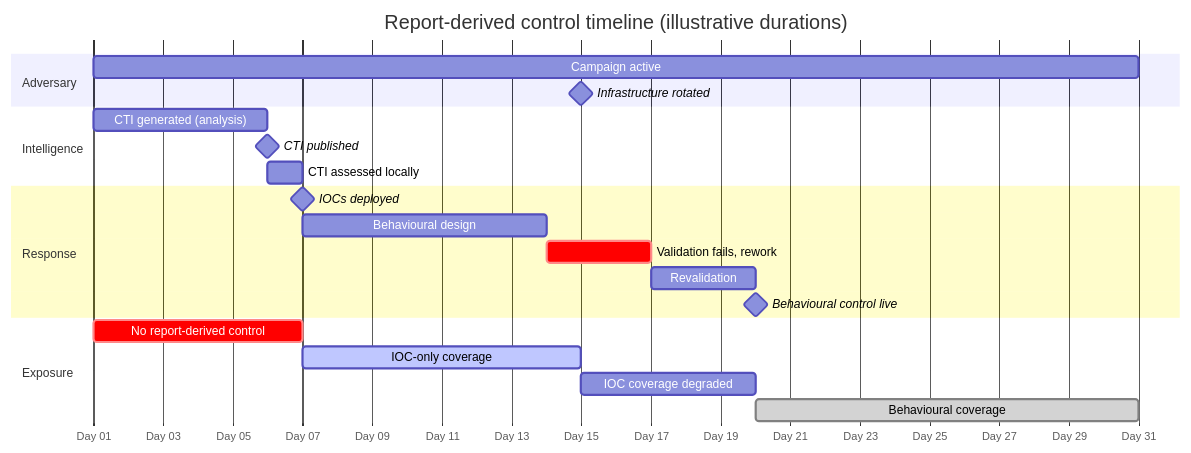
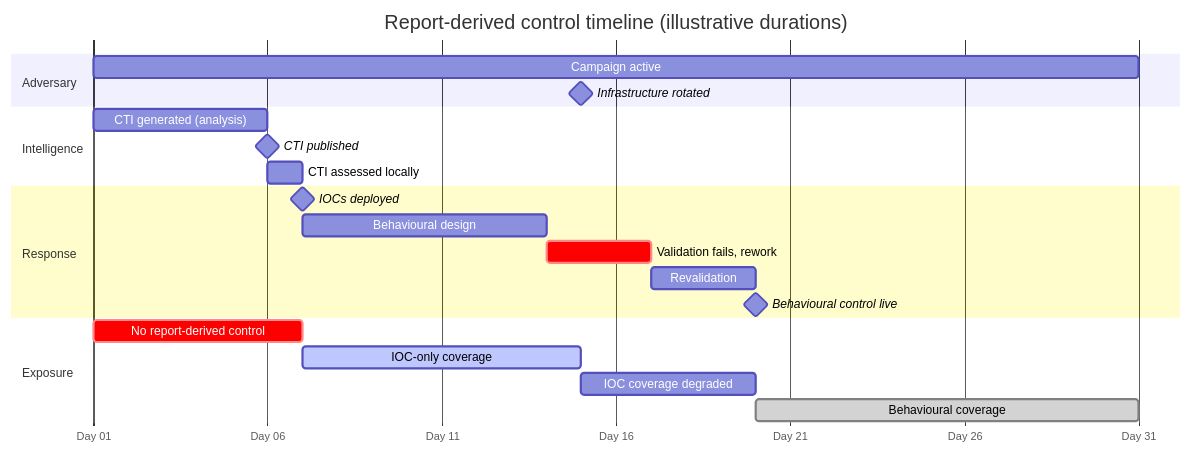
Before and after one commit to zbalkan/zbalkan.github.io: the diagram in _posts/2026-11-25-iocs-in-a-behaviour-first-detection-programme.md, drawn with Mermaid.

````diff
--- a/_posts/2026-11-25-iocs-in-a-behaviour-first-detection-programme.md
+++ b/_posts/2026-11-25-iocs-in-a-behaviour-first-detection-programme.md
@@ -32,28 +32,29 @@
 ```mermaid
 gantt
     title Report-derived control timeline (illustrative durations)
     dateFormat YYYY-MM-DD
     axisFormat Day %d
+    tickInterval 5day
 
     section Adversary
     Campaign active                 :a1, 2026-01-01, 30d
     Infrastructure rotated          :milestone, m0, 2026-01-15, 0d
 
     section Intelligence
     CTI generated (analysis)        :c1, 2026-01-01, 5d
     CTI published                   :milestone, m1, 2026-01-06, 0d
     CTI assessed locally            :c2, 2026-01-06, 1d
 
     section Response
     IOCs deployed                   :milestone, m2, 2026-01-07, 0d
     Behavioural design              :r1, 2026-01-07, 7d
     Validation fails, rework        :crit, r2, 2026-01-14, 3d
     Revalidation                    :r3, 2026-01-17, 3d
     Behavioural control live        :milestone, m3, 2026-01-20, 0d
 
     section Exposure
     No report-derived control       :crit, e1, 2026-01-01, 6d
     IOC-only coverage               :active, e2, 2026-01-07, 8d
     IOC coverage degraded           :e2b, 2026-01-15, 5d
     Behavioural coverage            :done, e3, 2026-01-20, 11d
 ```
````
